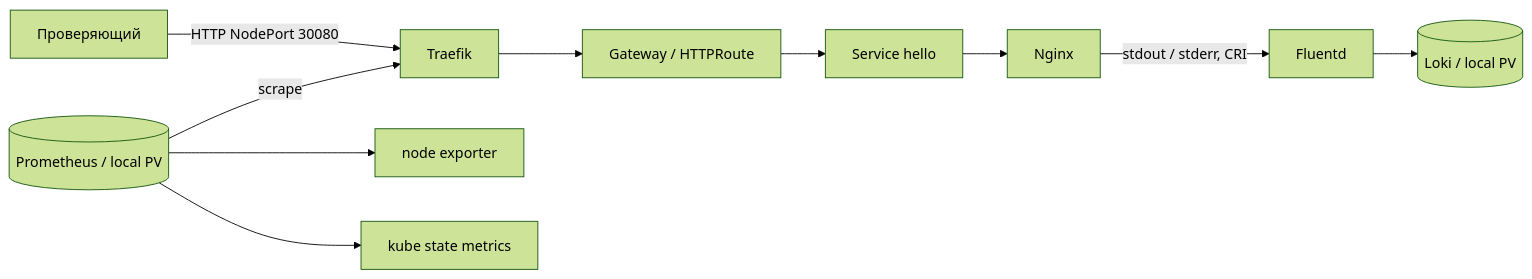
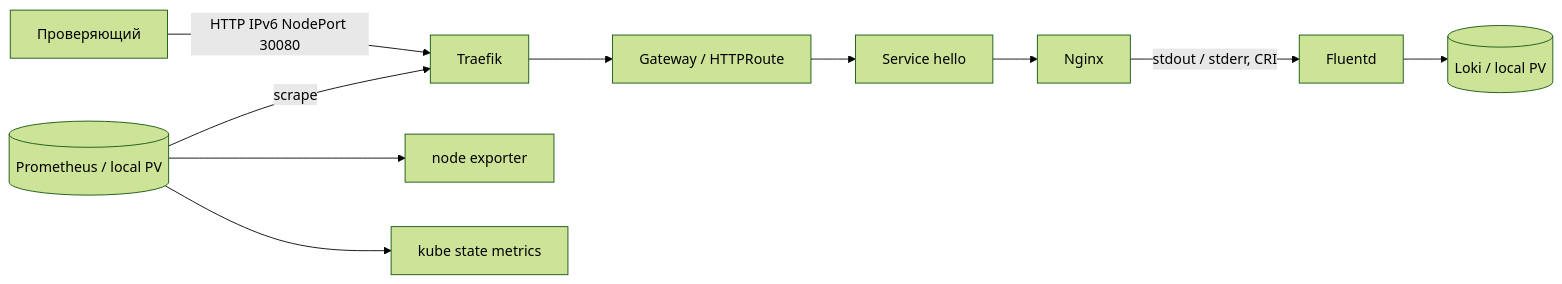
Before and after one commit to gigabebra/mts_hack: the diagram in README.md, drawn with Mermaid (forest theme). The commit also changed other lines of this file and 5 other files, not shown here.

````diff
--- a/README.md
+++ b/README.md
@@ -16,12 +19,12 @@
 ```mermaid
 flowchart LR
-    User[Проверяющий] -->|HTTP NodePort 30080| Traefik
+    User[Проверяющий] -->|HTTP IPv6 NodePort 30080| Traefik
     Traefik --> Gateway[Gateway / HTTPRoute]
     Gateway --> Service[Service hello]
     Service --> Nginx
     Nginx -->|stdout / stderr, CRI| Fluentd
     Fluentd --> Loki[(Loki / local PV)]
     Prometheus[(Prometheus / local PV)] -->|scrape| Traefik
     Prometheus --> Node[node exporter]
     Prometheus --> KSM[kube state metrics]
 ```
````
